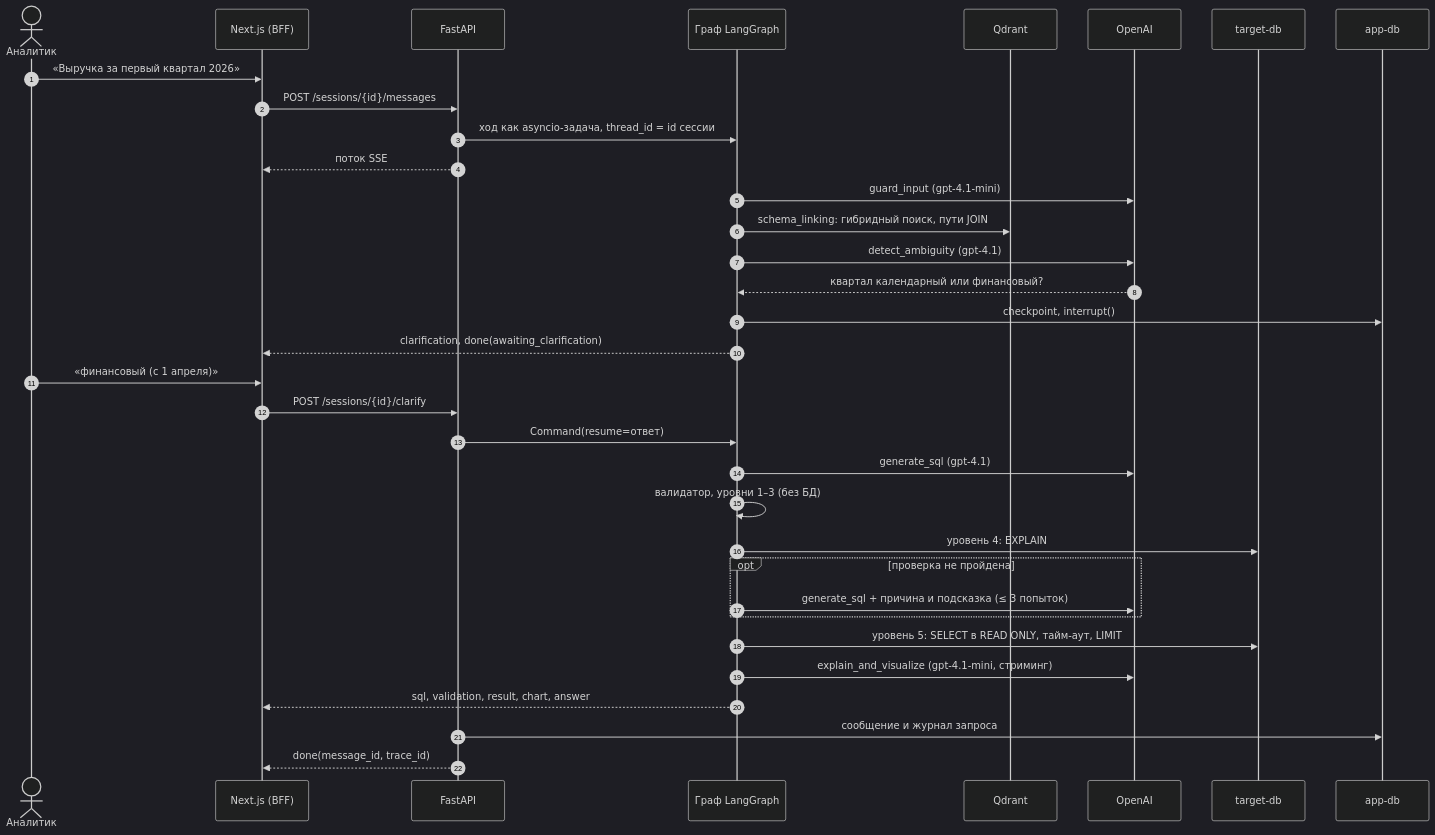
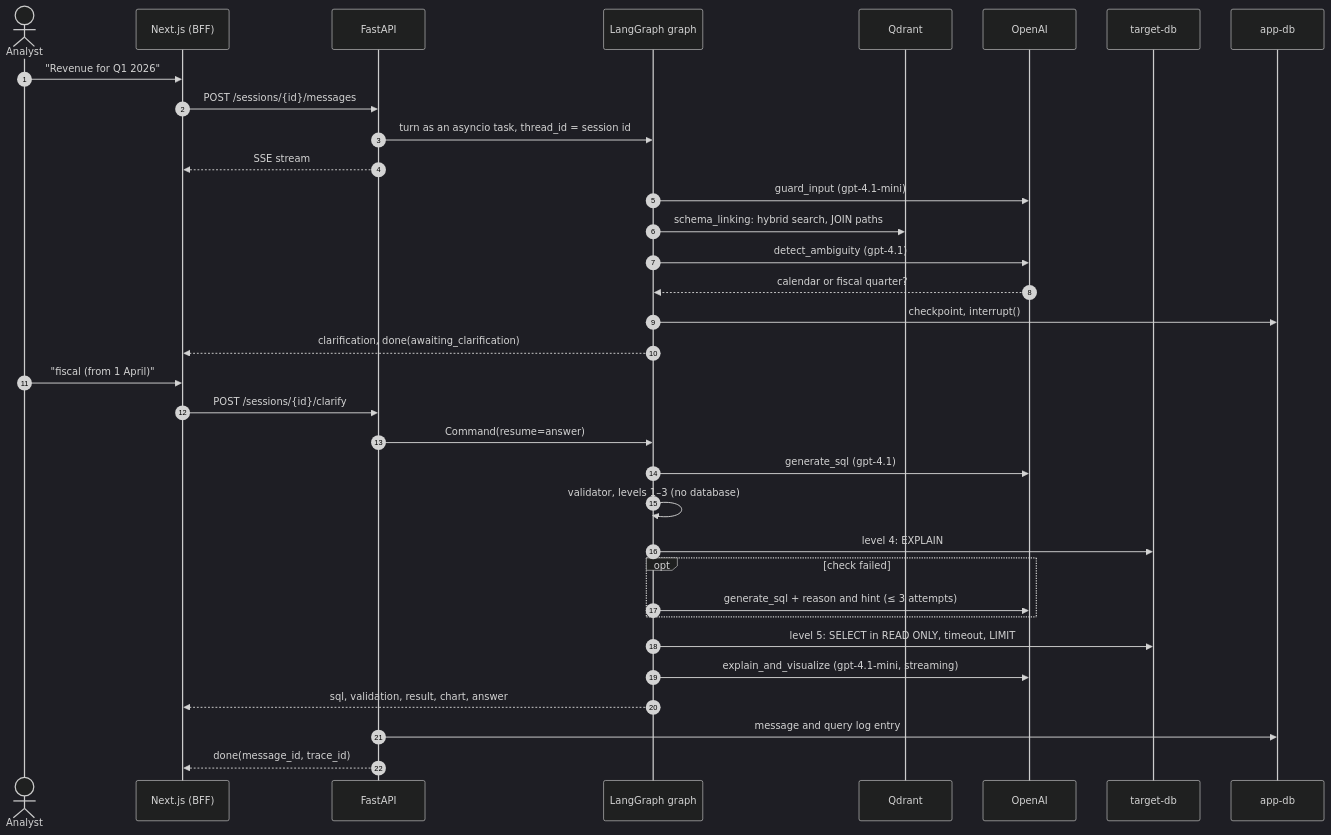
Before and after one commit to Abegerov4/Suhbat2DB: the third of 3 diagrams in ARCHITECTURE.md, drawn with Mermaid (dark theme). The commit also changed other lines of this file and 41 other files, not shown here.

First line of the commit message:
DIP-40: Translate documentation and diagrams into English

````diff
--- a/ARCHITECTURE.md
+++ b/ARCHITECTURE.md
@@ -134,37 +134,37 @@
 ```mermaid
 sequenceDiagram
     autonumber
-    actor U as Аналитик
+    actor U as Analyst
     participant FE as Next.js (BFF)
     participant API as FastAPI
-    participant G as Граф LangGraph
+    participant G as LangGraph graph
     participant Q as Qdrant
     participant L as OpenAI
     participant DB as target-db
     participant A as app-db
 
-    U->>FE: «Выручка за первый квартал 2026»
+    U->>FE: "Revenue for Q1 2026"
     FE->>API: POST /sessions/{id}/messages
-    API->>G: ход как asyncio-задача, thread_id = id сессии
-    API-->>FE: поток SSE
+    API->>G: turn as an asyncio task, thread_id = session id
+    API-->>FE: SSE stream
     G->>L: guard_input (gpt-4.1-mini)
-    G->>Q: schema_linking: гибридный поиск, пути JOIN
+    G->>Q: schema_linking: hybrid search, JOIN paths
     G->>L: detect_ambiguity (gpt-4.1)
-    L-->>G: квартал календарный или финансовый?
+    L-->>G: calendar or fiscal quarter?
     G->>A: checkpoint, interrupt()
     G-->>FE: clarification, done(awaiting_clarification)
-    U->>FE: «финансовый (с 1 апреля)»
+    U->>FE: "fiscal (from 1 April)"
     FE->>API: POST /sessions/{id}/clarify
-    API->>G: Command(resume=ответ)
+    API->>G: Command(resume=answer)
     G->>L: generate_sql (gpt-4.1)
-    G->>G: валидатор, уровни 1–3 (без БД)
-    G->>DB: уровень 4: EXPLAIN
-    opt проверка не пройдена
-        G->>L: generate_sql + причина и подсказка (≤ 3 попыток)
+    G->>G: validator, levels 1–3 (no database)
+    G->>DB: level 4: EXPLAIN
+    opt check failed
+        G->>L: generate_sql + reason and hint (≤ 3 attempts)
     end
-    G->>DB: уровень 5: SELECT в READ ONLY, тайм-аут, LIMIT
-    G->>L: explain_and_visualize (gpt-4.1-mini, стриминг)
+    G->>DB: level 5: SELECT in READ ONLY, timeout, LIMIT
+    G->>L: explain_and_visualize (gpt-4.1-mini, streaming)
     G-->>FE: sql, validation, result, chart, answer
-    API->>A: сообщение и журнал запроса
+    API->>A: message and query log entry
     API-->>FE: done(message_id, trace_id)
 ```
````
